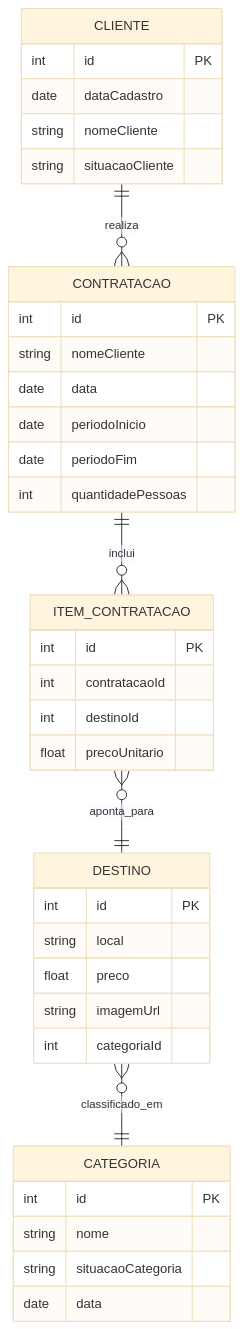
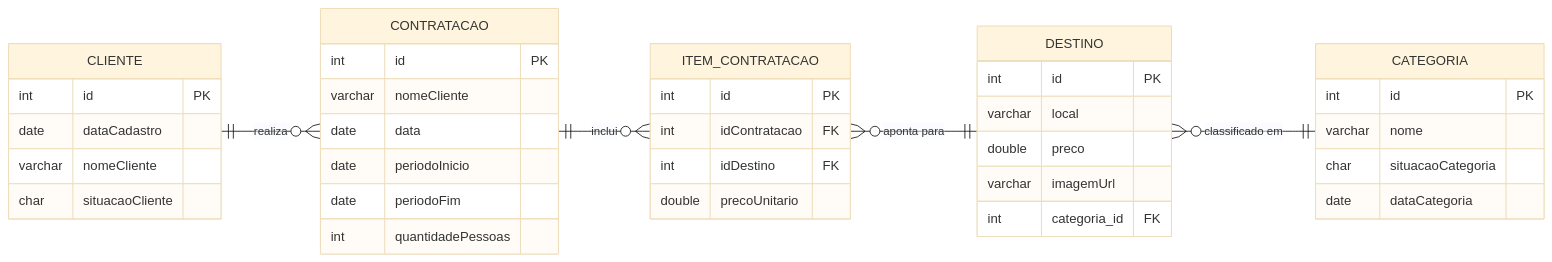
One commit to FranciscoCLira/viajemais changed the diagram in src/main/resources/static/docs/viajemais.mmd. Above: the diagram before and after it, drawn with Mermaid (base theme). The commit also changed 7 other files, not shown here.

Commit message:
docs: adicionar diagrama ERD horizontal com entidade Categoria

```diff
--- a/src/main/resources/static/docs/viajemais.mmd
+++ b/src/main/resources/static/docs/viajemais.mmd
@@ -1,39 +1,45 @@
-%%{init:{"securityLevel":"loose","flowchart":{"htmlLabels":true,"rankdir":"LR"}}}%%
 erDiagram
-CLIENTE ||--o{ CONTRATACAO : realiza
-CONTRATACAO ||--o{ ITEM_CONTRATACAO : inclui
-ITEM_CONTRATACAO }o--|| DESTINO : aponta_para
-DESTINO }o--|| CATEGORIA : classificado_em
+    direction LR
+
+CLIENTE ||--o{ CONTRATACAO        : "realiza"
+CONTRATACAO ||--o{ ITEM_CONTRATACAO : "inclui"
+ITEM_CONTRATACAO }o--|| DESTINO        : "aponta para"
+DESTINO }o--|| CATEGORIA          : "classificado em"
+
 CLIENTE {
-    int    id PK
-    date   dataCadastro
-    string nomeCliente
-    string situacaoCliente
+    int     id               PK
+    date    dataCadastro
+    varchar nomeCliente
+    char    situacaoCliente
 }
+
 CATEGORIA {
-    int    id PK
-    string nome
-    string situacaoCategoria
-    date   data
+    int     id               PK
+    varchar nome            
+    char    situacaoCategoria
+    date    dataCategoria
 }
+ 
 DESTINO {
-    int    id PK
-    string local
-    float  preco
-    string imagemUrl
-    int    categoriaId
+    int     id               PK
+    varchar local           
+    double  preco
+    varchar imagemUrl
+    int     categoria_id     FK
 }
+
 CONTRATACAO {
-    int    id PK
-    string nomeCliente
-    date   data
-    date   periodoInicio
-    date   periodoFim
-    int    quantidadePessoas
+    int     id               PK
+    varchar nomeCliente
+    date    data
+    date    periodoInicio
+    date    periodoFim
+    int     quantidadePessoas
 }
+
 ITEM_CONTRATACAO {
-    int    id PK
-    int    contratacaoId
-    int    destinoId
-    float  precoUnitario
+    int     id               PK
+    int     idContratacao    FK
+    int     idDestino        FK
+    double  precoUnitario
 }
```
